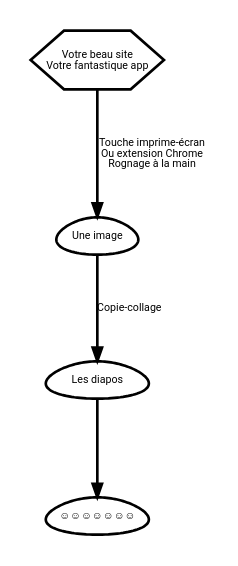
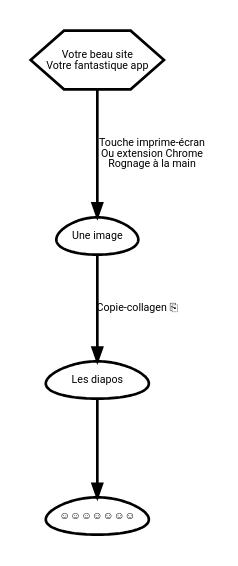
One commit to maelle/rr2018 changed the diagram in poster/approach1.gv. Above: the diagram before and after it, drawn with Graphviz. The commit also changed 6 other files, not shown here.

```diff
--- a/poster/approach1.gv
+++ b/poster/approach1.gv
@@ -1,14 +1,14 @@
 digraph {
   rankdir="TB"
 
   // nodes
   A [ label="Votre beau site\n Votre fantastique app" shape="hexagon" fontsize = "4" fontname = "Roboto" height = "0.3" width = "0.7" fixedsize = "true"]
   B [ label="Une image" shape="egg" fontsize = "4" fontname = "Roboto" height = "0.2" width = "0.4" fixedsize = "true"]
   C [ label="Les diapos" shape="egg" fontsize = "4" fontname = "Roboto" height = "0.2"  width = "0.5" fixedsize = "true"]
   D [ label="&#9786;&#9786;&#9786;&#9786;&#9786;&#9786;&#9786;" fontsize = "4" fontname = "Roboto" shape = "egg" height = "0.2" width = "0.5" fixedsize = "true"]
 
   // edges
   A -> B [ label = "Touche imprime-écran\n Ou extension Chrome\n Rognage à la main" fontsize = "4" fontname = "Roboto" arrowsize=.5, weight=.2]
-  B -> C [ label = "Copie-collage" fontsize = "4" fontname = "Roboto"arrowsize=.5, weight=2.]
+  B -> C [ label = "Copie-collagen &#9112;" fontsize = "4" fontname = "Roboto"arrowsize=.5, weight=2.]
   C -> D [ label = "" fontsize = "4" fontname = "Roboto"arrowsize=.5, weight=2.]
 }
```
